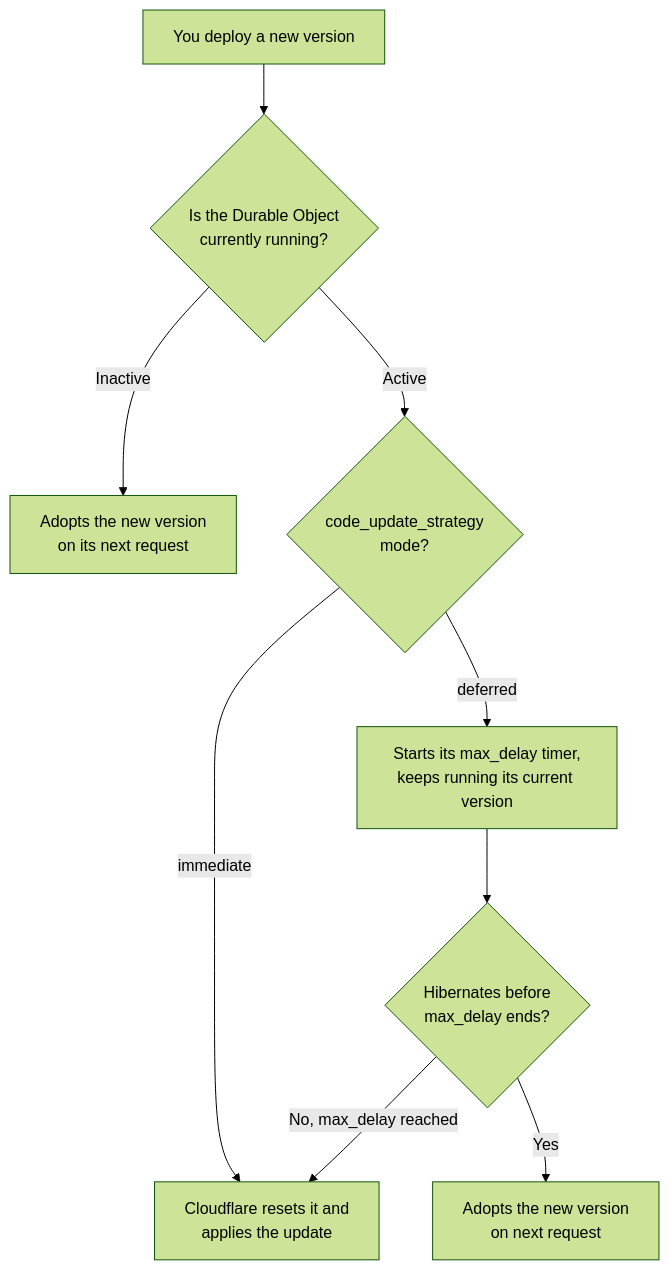
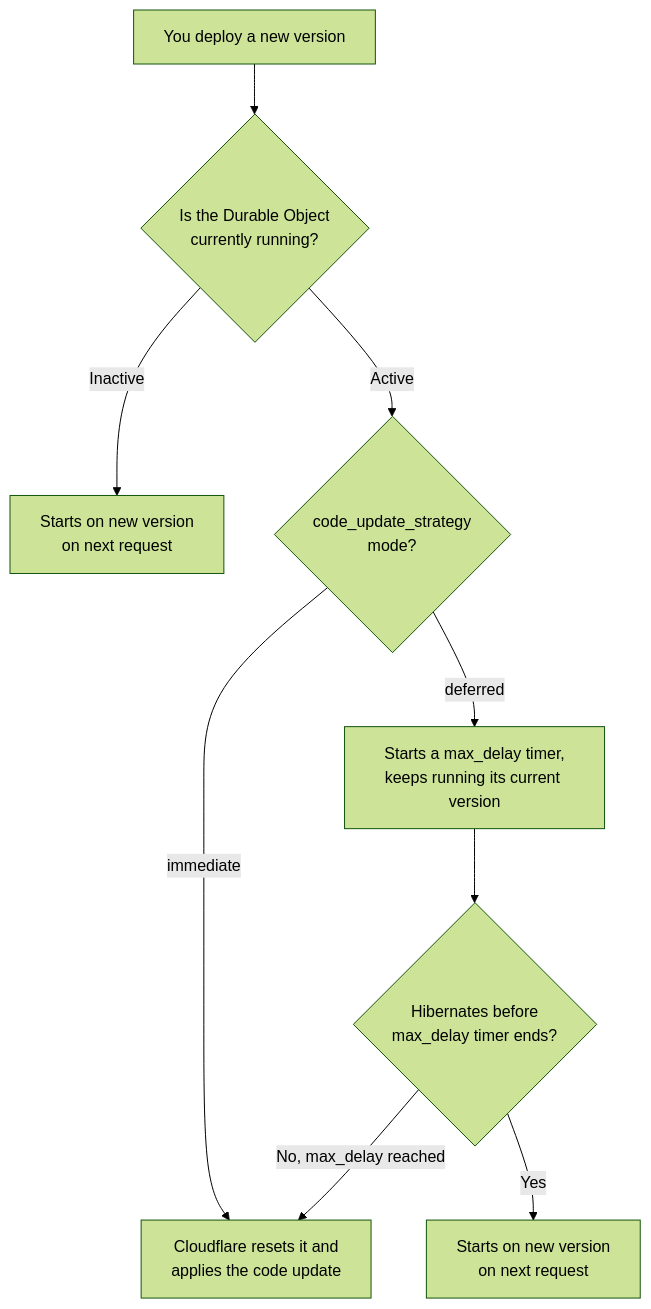
Before and after one commit to cloudflare/cloudflare-docs: the diagram in src/content/docs/durable-objects/deployments/durable-objects-code-updates.mdx, drawn with Mermaid (forest theme). The commit also changed other lines of this file, not shown here.

Commit message:
Apply batched suggestions from code review

````diff
--- a/src/content/docs/durable-objects/deployments/durable-objects-code-updates.mdx
+++ b/src/content/docs/durable-objects/deployments/durable-objects-code-updates.mdx
@@ -45,11 +45,11 @@
 ```mermaid
 flowchart TD
     A["You deploy a new version"] --> B{"Is the Durable Object<br/>currently running?"}
-    B -->|Inactive| C["Adopts the new version<br/>on its next request"]
+    B -->|Inactive| C["Starts on new version<br/>on next request"]
     B -->|Active| D{"code_update_strategy<br/>mode?"}
-    D -->|immediate| E["Cloudflare resets it and<br/>applies the update"]
-    D -->|deferred| F["Starts its max_delay timer,<br/>keeps running its current version"]
-    F --> G{"Hibernates before<br/>max_delay ends?"}
-    G -->|Yes| H["Adopts the new version<br/>on next request"]
+    D -->|immediate| E["Cloudflare resets it and<br/>applies the code update"]
+    D -->|deferred| F["Starts a max_delay timer,<br/>keeps running its current version"]
+    F --> G{"Hibernates before<br/>max_delay timer ends?"}
+    G -->|Yes| H["Starts on new version<br/>on next request"]
     G -->|"No, max_delay reached"| E
 ```
````
